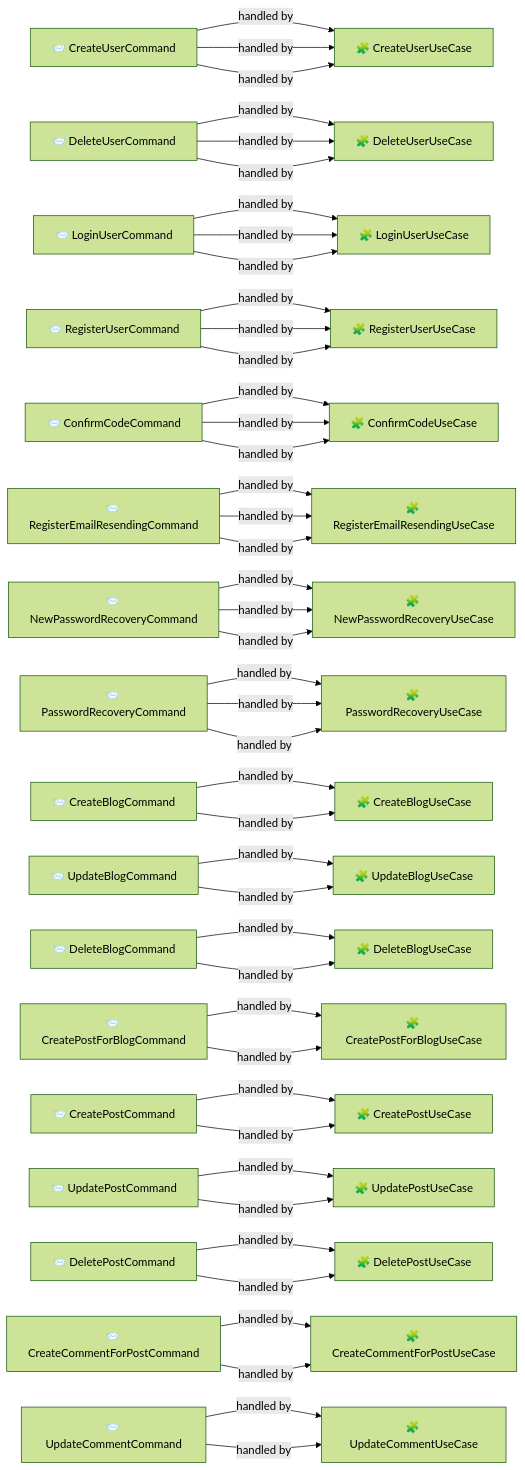
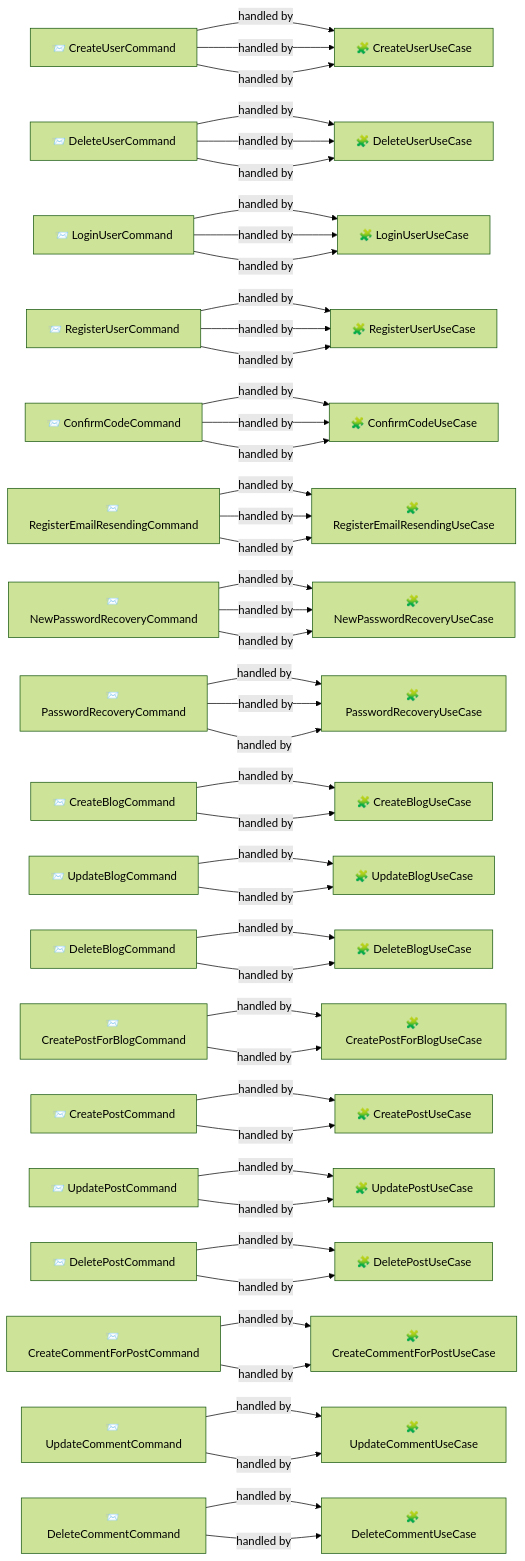
One commit to anechka002/blogger_platform_nest_sql changed diagram 14 of 14 in nest-graph.md. Above: the diagram before and after it, drawn with Mermaid (forest theme). The commit also changed other lines of this file and 6 other files, not shown here.

Commit message:
feat(comments): add delete comment use case

```diff
--- a/nest-graph.md
+++ b/nest-graph.md
@@ -506,6 +512,8 @@
   handler_CreateCommentForPostUseCase["🧩 CreateCommentForPostUseCase"]
   command_UpdateCommentCommand["📨 UpdateCommentCommand"]
   handler_UpdateCommentUseCase["🧩 UpdateCommentUseCase"]
+  command_DeleteCommentCommand["📨 DeleteCommentCommand"]
+  handler_DeleteCommentUseCase["🧩 DeleteCommentUseCase"]
   command_CreateUserCommand -->|handled by| handler_CreateUserUseCase
   command_DeleteUserCommand -->|handled by| handler_DeleteUserUseCase
   command_LoginUserCommand -->|handled by| handler_LoginUserUseCase
@@ -523,6 +531,7 @@
   command_DeletePostCommand -->|handled by| handler_DeletePostUseCase
   command_CreateCommentForPostCommand -->|handled by| handler_CreateCommentForPostUseCase
   command_UpdateCommentCommand -->|handled by| handler_UpdateCommentUseCase
+  command_DeleteCommentCommand -->|handled by| handler_DeleteCommentUseCase
   command_CreateUserCommand -->|handled by| handler_CreateUserUseCase
   command_DeleteUserCommand -->|handled by| handler_DeleteUserUseCase
   command_LoginUserCommand -->|handled by| handler_LoginUserUseCase
@@ -540,6 +549,7 @@
   command_DeletePostCommand -->|handled by| handler_DeletePostUseCase
   command_CreateCommentForPostCommand -->|handled by| handler_CreateCommentForPostUseCase
   command_UpdateCommentCommand -->|handled by| handler_UpdateCommentUseCase
+  command_DeleteCommentCommand -->|handled by| handler_DeleteCommentUseCase
   command_CreateUserCommand -->|handled by| handler_CreateUserUseCase
   command_DeleteUserCommand -->|handled by| handler_DeleteUserUseCase
   command_LoginUserCommand -->|handled by| handler_LoginUserUseCase
```
